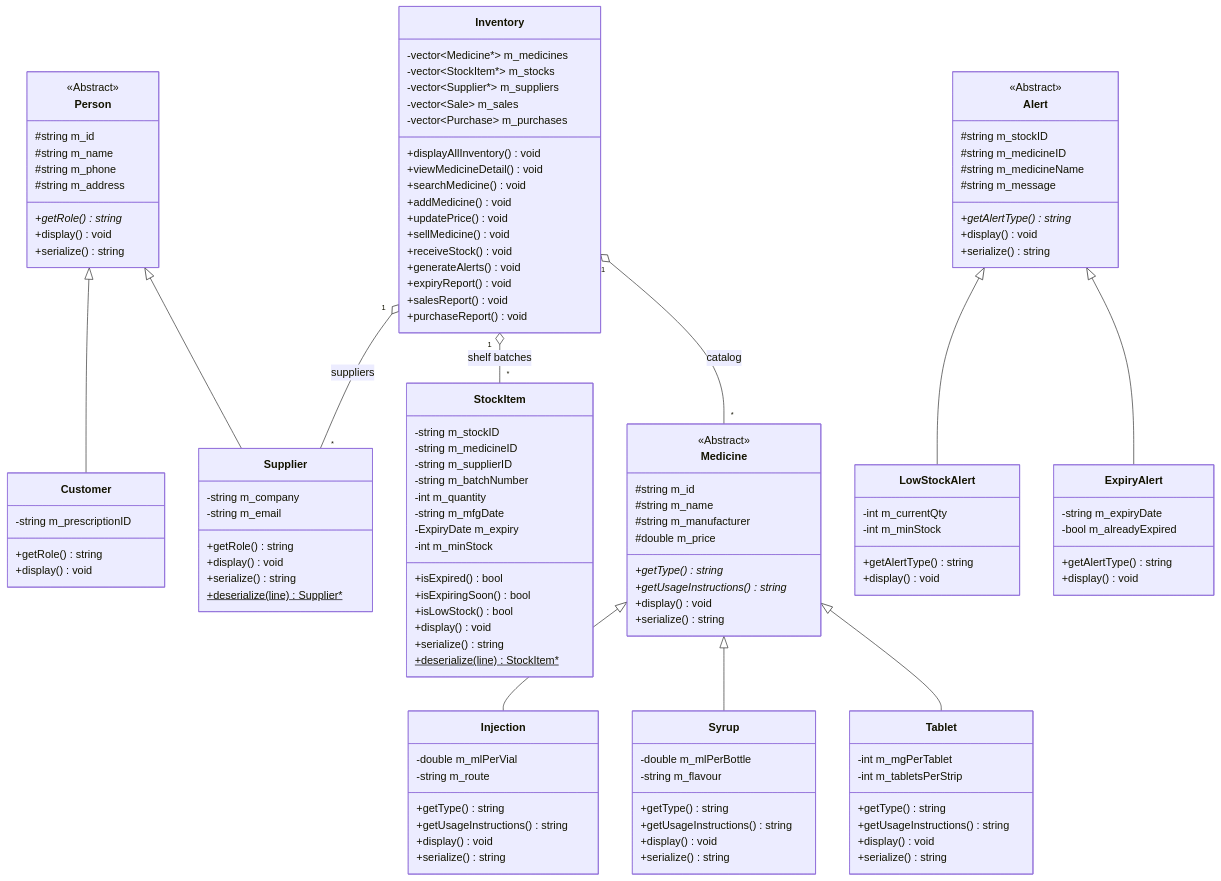
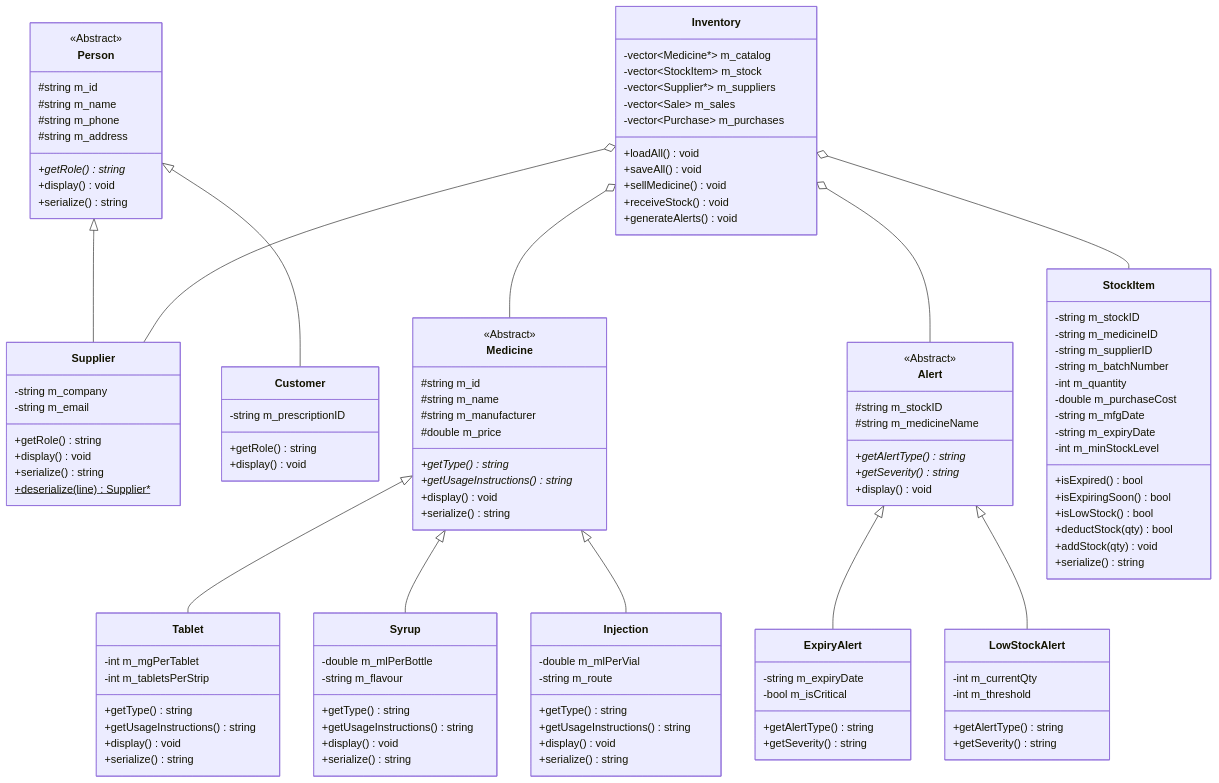
Before and after one commit to Zyreexx/PharmaCare-Inventory-System: the second of 2 diagrams in README.md, drawn with Mermaid. The commit also changed other lines of this file and 2 other files, not shown here.

Commit message:
Enhance README with Bstudio-inspired aesthetic, badges, UML diagrams, and dashboard screenshot

````diff
--- a/README.md
+++ b/README.md
@@ -149,71 +175,65 @@
     Medicine <|-- Syrup
     Medicine <|-- Injection
 
+    class Alert {
+        <<Abstract>>
+        #string m_stockID
+        #string m_medicineName
+        +getAlertType()* string
+        +getSeverity()* string
+        +display() void
+    }
+
+    class ExpiryAlert {
+        -string m_expiryDate
+        -bool m_isCritical
+        +getAlertType() string
+        +getSeverity() string
+    }
+
+    class LowStockAlert {
+        -int m_currentQty
+        -int m_threshold
+        +getAlertType() string
+        +getSeverity() string
+    }
+
+    Alert <|-- ExpiryAlert
+    Alert <|-- LowStockAlert
+
     class StockItem {
         -string m_stockID
         -string m_medicineID
         -string m_supplierID
         -string m_batchNumber
         -int m_quantity
+        -double m_purchaseCost
         -string m_mfgDate
-        -ExpiryDate m_expiry
-        -int m_minStock
+        -string m_expiryDate
+        -int m_minStockLevel
         +isExpired() bool
         +isExpiringSoon() bool
         +isLowStock() bool
-        +display() void
-        +serialize() string
-        +deserialize(line)$ StockItem*
-    }
-
-    class Alert {
-        <<Abstract>>
-        #string m_stockID
-        #string m_medicineID
-        #string m_medicineName
-        #string m_message
-        +getAlertType()* string
-        +display() void
+        +deductStock(qty) bool
+        +addStock(qty) void
         +serialize() string
     }
 
-    class ExpiryAlert {
-        -string m_expiryDate
-        -bool m_alreadyExpired
-        +getAlertType() string
-        +display() void
-    }
-
-    class LowStockAlert {
-        -int m_currentQty
-        -int m_minStock
-        +getAlertType() string
-        +display() void
-    }
-
-    Alert <|-- ExpiryAlert
-    Alert <|-- LowStockAlert
-
     class Inventory {
-        -vector~Medicine*~ m_medicines
-        -vector~StockItem*~ m_stocks
+        -vector~Medicine*~ m_catalog
+        -vector~StockItem~ m_stock
         -vector~Supplier*~ m_suppliers
         -vector~Sale~ m_sales
         -vector~Purchase~ m_purchases
-        +displayAllInventory() void
-        +viewMedicineDetail() void
-        +searchMedicine() void
-        +addMedicine() void
-        +updatePrice() void
+        +loadAll() void
+        +saveAll() void
         +sellMedicine() void
         +receiveStock() void
         +generateAlerts() void
-        +expiryReport() void
-        +salesReport() void
-        +purchaseReport() void
     }
 
-    Inventory "1" o-- "*" Medicine : catalog
-    Inventory "1" o-- "*" StockItem : shelf batches
-    Inventory "1" o-- "*" Supplier : suppliers
+    Inventory o-- Medicine
+    Inventory o-- StockItem
+    Inventory o-- Supplier
+    Inventory o-- Alert
 ```
````
